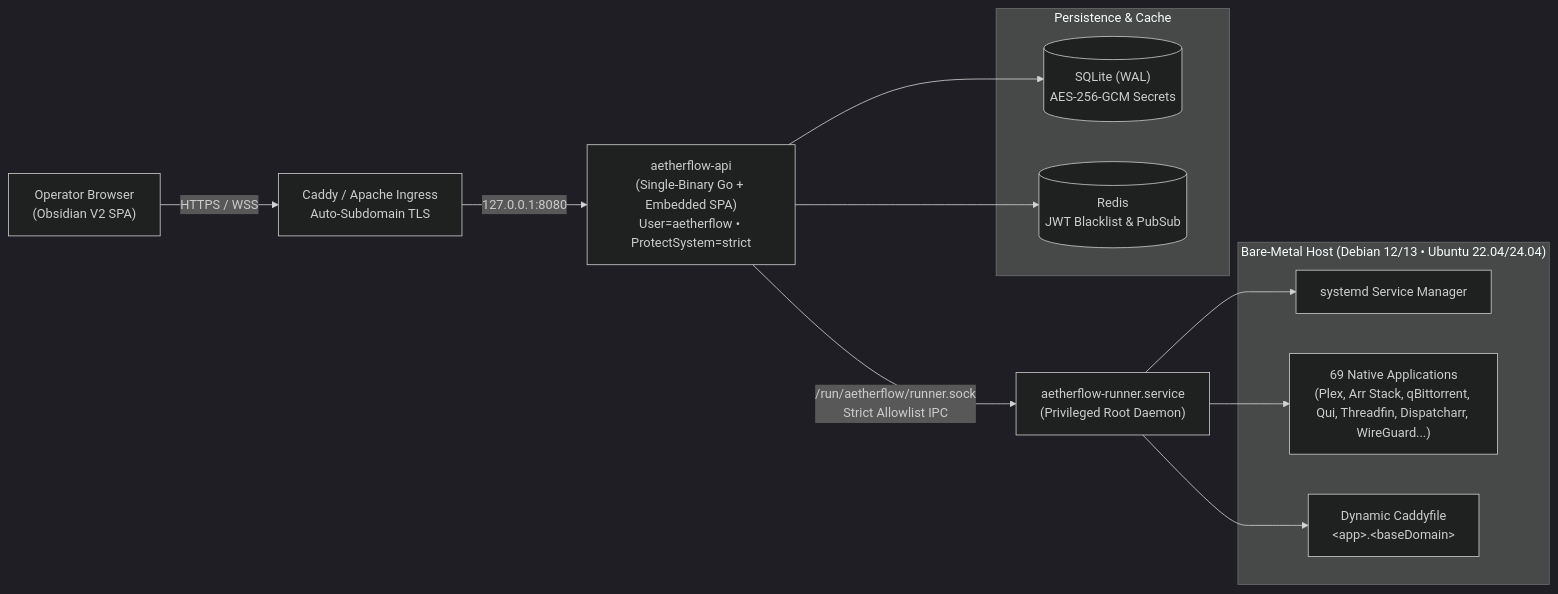
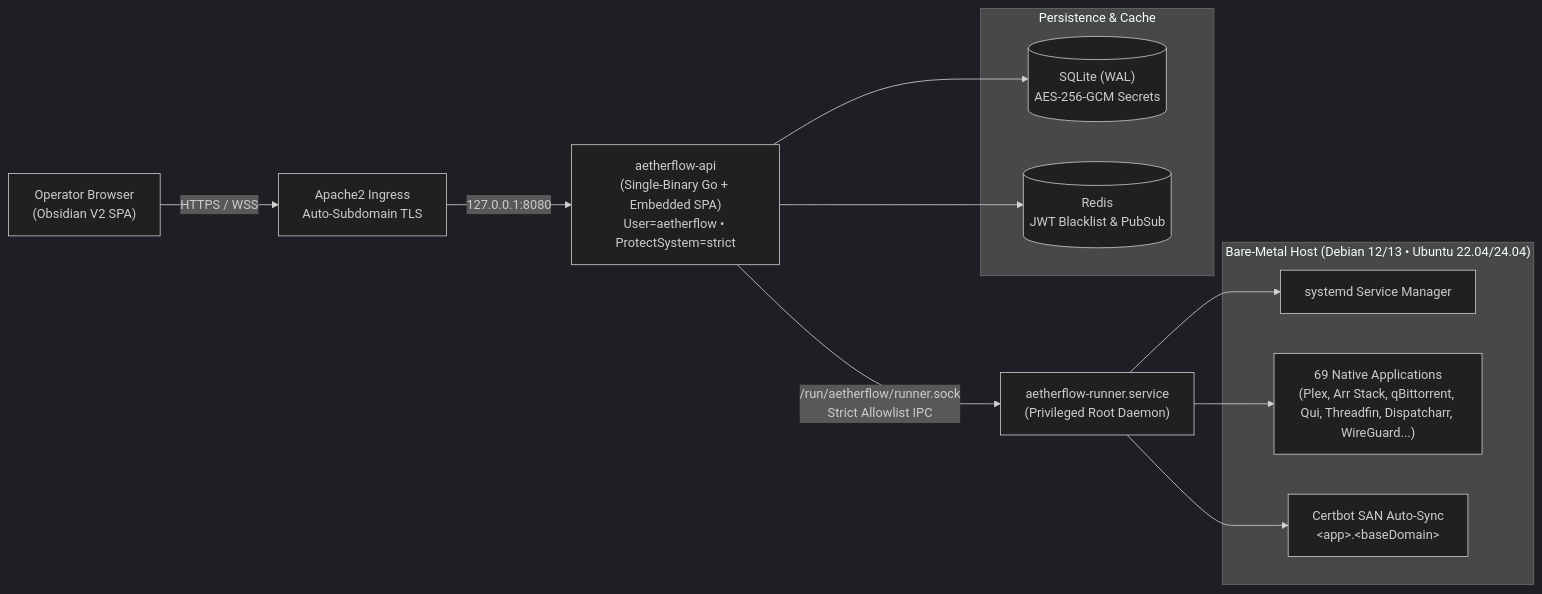
The diagram in README.md (McEveritts/AetherFlow), drawn with Mermaid (dark theme) before and after one commit. The commit also changed other lines of this file and 26 other files, not shown here.

Commit message:
chore(ingress): remove Caddy compatibility layer and consolidate on Apache2 Subdomain Gateway

````diff
--- a/README.md
+++ b/README.md
@@ -53,25 +53,25 @@
 ```mermaid
 flowchart LR
-    Operator["Operator Browser<br/>(Obsidian V2 SPA)"] -->|HTTPS / WSS| Ingress["Caddy / Apache Ingress<br/>Auto-Subdomain TLS"]
+    Operator["Operator Browser<br/>(Obsidian V2 SPA)"] -->|HTTPS / WSS| Ingress["Apache2 Ingress<br/>Auto-Subdomain TLS"]
     Ingress -->|127.0.0.1:8080| API["aetherflow-api<br/>(Single-Binary Go + Embedded SPA)<br/>User=aetherflow • ProtectSystem=strict"]
 
     subgraph State["Persistence & Cache"]
         SQLite[("SQLite (WAL)<br/>AES-256-GCM Secrets")]
         Redis[("Redis<br/>JWT Blacklist & PubSub")]
     end
 
     API --> SQLite
     API --> Redis
 
     API -->|"/run/aetherflow/runner.sock"<br/>Strict Allowlist IPC| Runner["aetherflow-runner.service<br/>(Privileged Root Daemon)"]
 
     subgraph BareMetal["Bare-Metal Host (Debian 12/13 • Ubuntu 22.04/24.04)"]
         Systemd["systemd Service Manager"]
         Catalog["69 Native Applications<br/>(Plex, Arr Stack, qBittorrent, Qui, Threadfin, Dispatcharr, WireGuard...)"]
-        CaddyRoutes["Dynamic Caddyfile<br/>&lt;app&gt;.&lt;baseDomain&gt;"]
+        CertSync["Certbot SAN Auto-Sync<br/>&lt;app&gt;.&lt;baseDomain&gt;"]
     end
 
     Runner --> Systemd
     Runner --> Catalog
-    Runner --> CaddyRoutes
+    Runner --> CertSync
 ```
````
